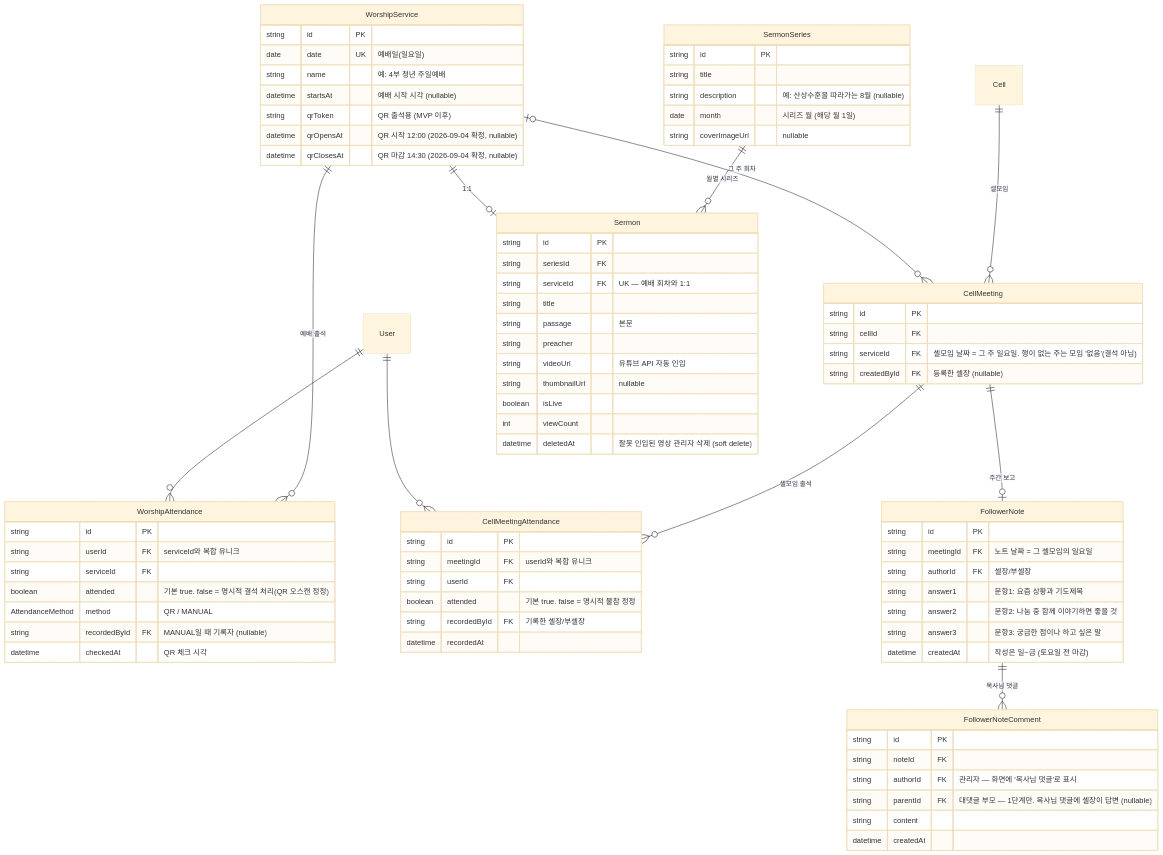
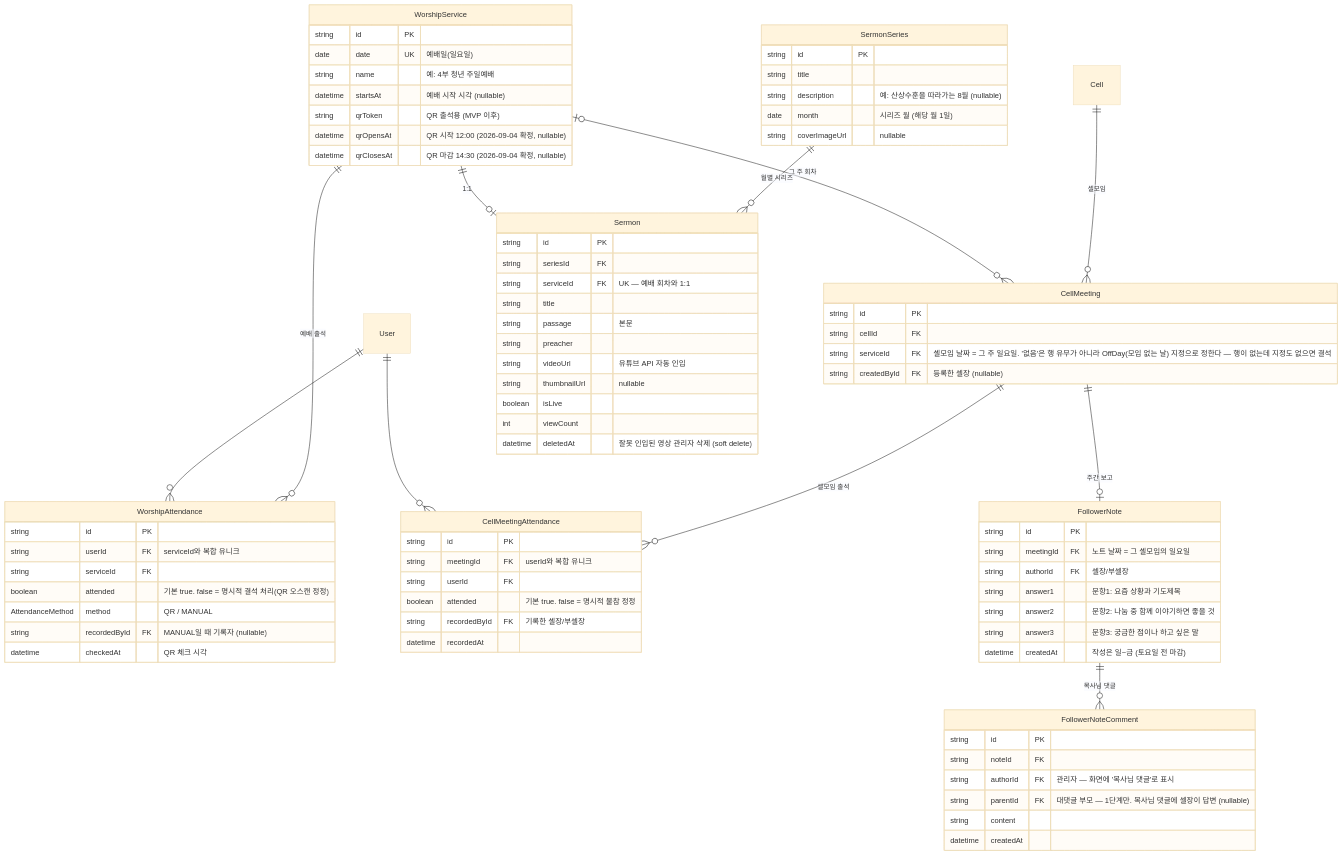
One commit to Onnuri-church/onnuri-monorepo changed the second of 4 diagrams in docs/erd.md. Above: the diagram before and after it, drawn with Mermaid (base theme). The commit also changed 7 other files, not shown here.

```diff
--- a/docs/erd.md
+++ b/docs/erd.md
@@ -136,7 +136,7 @@
     CellMeeting {
         string id PK
         string cellId FK
-        string serviceId FK "셀모임 날짜 = 그 주 일요일. 행이 없는 주는 모임 '없음'(결석 아님)"
+        string serviceId FK "셀모임 날짜 = 그 주 일요일. '없음'은 행 유무가 아니라 OffDay(모임 없는 날) 지정으로 정한다 — 행이 없는데 지정도 없으면 결석"
         string createdById FK "등록한 셀장 (nullable)"
     }
 
```
